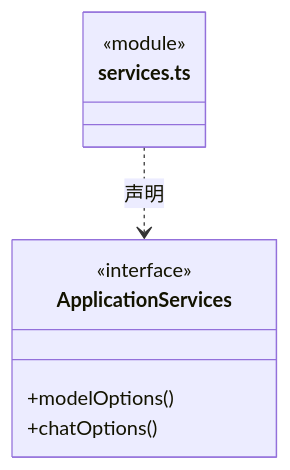
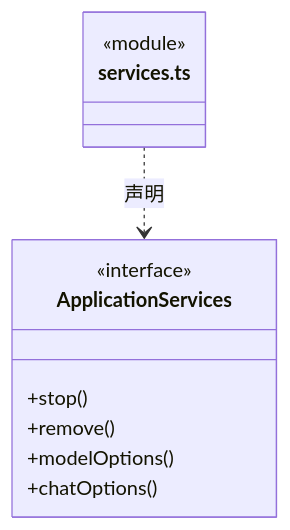
The third of 4 diagrams in src/backend/main/ipc/ARCHITECTURE.md (nan023062/cbim), drawn with Mermaid before and after one commit. The commit also changed other lines of this file and 70 other files, not shown here.

````diff
--- a/src/backend/main/ipc/ARCHITECTURE.md
+++ b/src/backend/main/ipc/ARCHITECTURE.md
@@ -63,12 +63,14 @@
 ```mermaid
 classDiagram
 class N_src_backend_main_ipc_services_ts["services.ts"] {
   <<module>>
 }
 class N_src_backend_main_ipc_services_ts_ApplicationServices["ApplicationServices"] {
   <<interface>>
+  +stop()
+  +remove()
   +modelOptions()
   +chatOptions()
 }
 N_src_backend_main_ipc_services_ts ..> N_src_backend_main_ipc_services_ts_ApplicationServices : 声明
 ```
````
